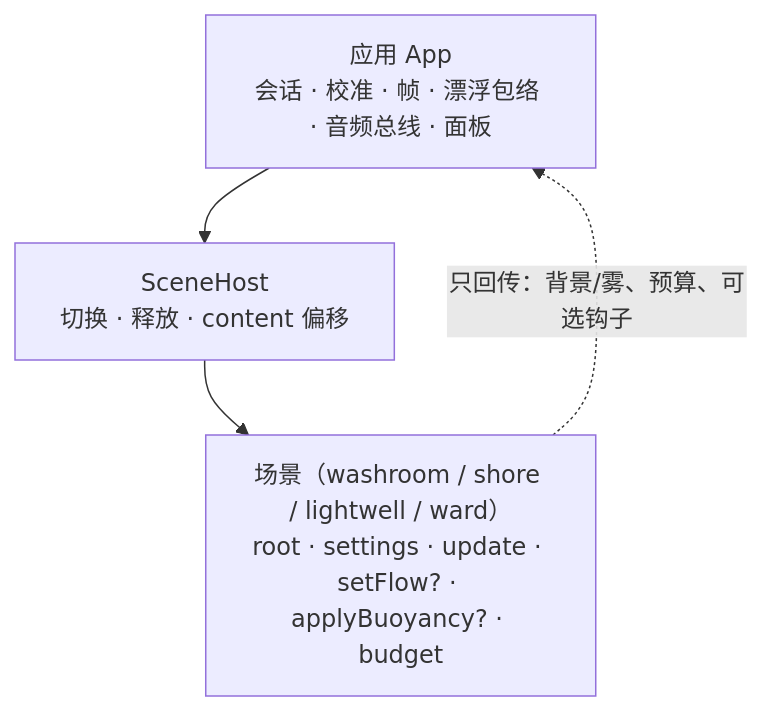
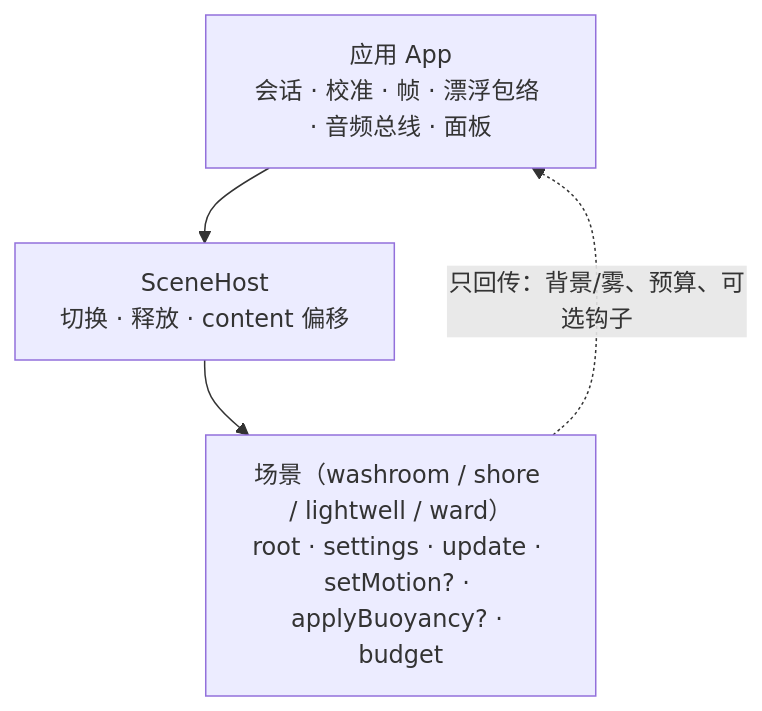
Before and after one commit to fire-disposal/quiet-shore-vr: the diagram in docs/scenes.md, drawn with Mermaid. The commit also changed other lines of this file and 100 other files, not shown here.

````diff
--- a/docs/scenes.md
+++ b/docs/scenes.md
@@ -12,8 +12,8 @@
 ```mermaid
 flowchart TB
   A["应用 App<br/>会话 · 校准 · 帧 · 漂浮包络 · 音频总线 · 面板"]
   B["SceneHost<br/>切换 · 释放 · content 偏移"]
-  S["场景（washroom / shore / lightwell / ward）<br/>root · settings · update · setFlow? · applyBuoyancy? · budget"]
+  S["场景（washroom / shore / lightwell / ward）<br/>root · settings · update · setMotion? · applyBuoyancy? · budget"]
   A --> B --> S
   S -.->|"只回传：背景/雾、预算、可选钩子"| A
 ```
````
